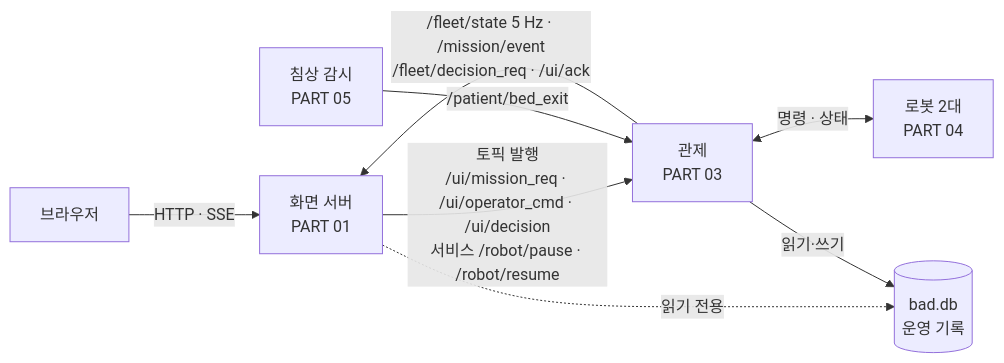
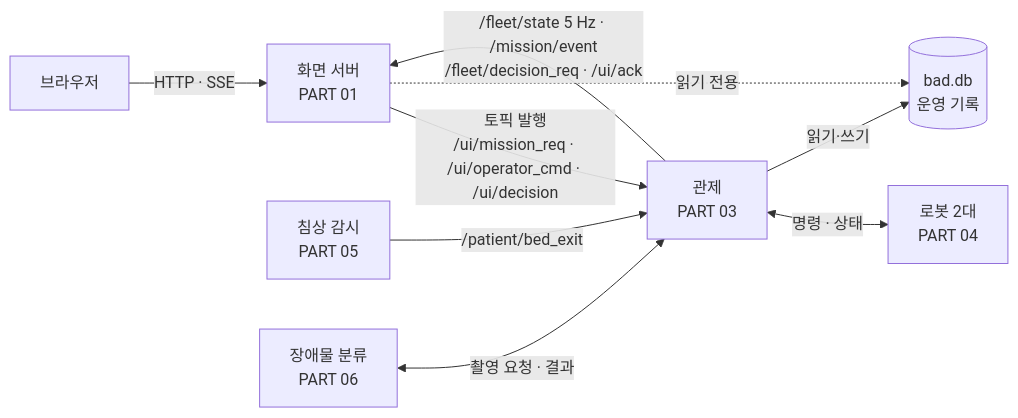
The first of 6 diagrams in docs/part3/WEB_DB_DESIGN.md (yg-gulbi/bad_autonoumous_delivery), drawn with Mermaid before and after one commit. The commit also changed other lines of this file and 5 other files, not shown here.

````diff
--- a/docs/part3/WEB_DB_DESIGN.md
+++ b/docs/part3/WEB_DB_DESIGN.md
@@ -29,10 +13,11 @@
 ```mermaid
 flowchart LR
   B[브라우저] -- "HTTP · SSE" --> W[화면 서버<br/>PART 01]
-  W -- "토픽 발행<br/>/ui/mission_req · /ui/operator_cmd · /ui/decision<br/>서비스 /robot/pause · /robot/resume" --> F[관제<br/>PART 03]
+  W -- "토픽 발행<br/>/ui/mission_req · /ui/operator_cmd · /ui/decision" --> F[관제<br/>PART 03]
   F -- "/fleet/state 5 Hz · /mission/event<br/>/fleet/decision_req · /ui/ack" --> W
   F <-- "명령 · 상태" --> R[로봇 2대<br/>PART 04]
   P[침상 감시<br/>PART 05] -- /patient/bed_exit --> F
+  O[장애물 분류<br/>PART 06] <-- "촬영 요청 · 결과" --> F
   W -. "읽기 전용" .-> D[(bad.db<br/>운영 기록)]
   F -- "읽기·쓰기" --> D
 ```
````
